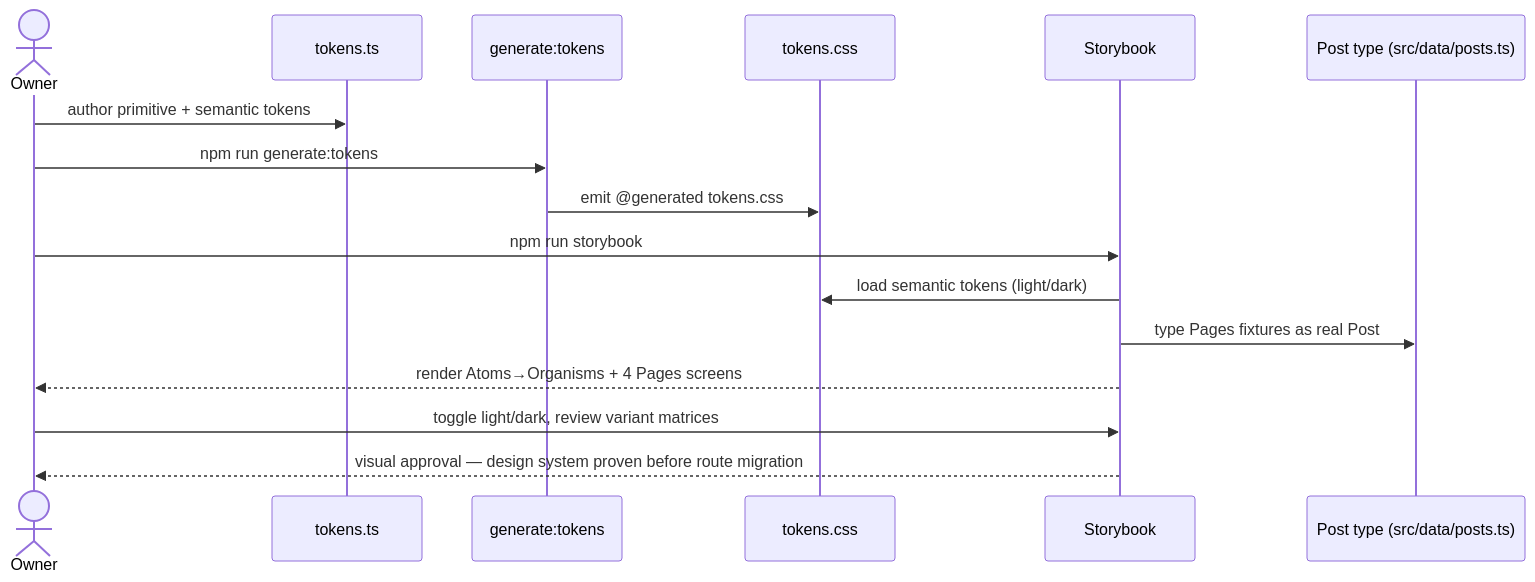
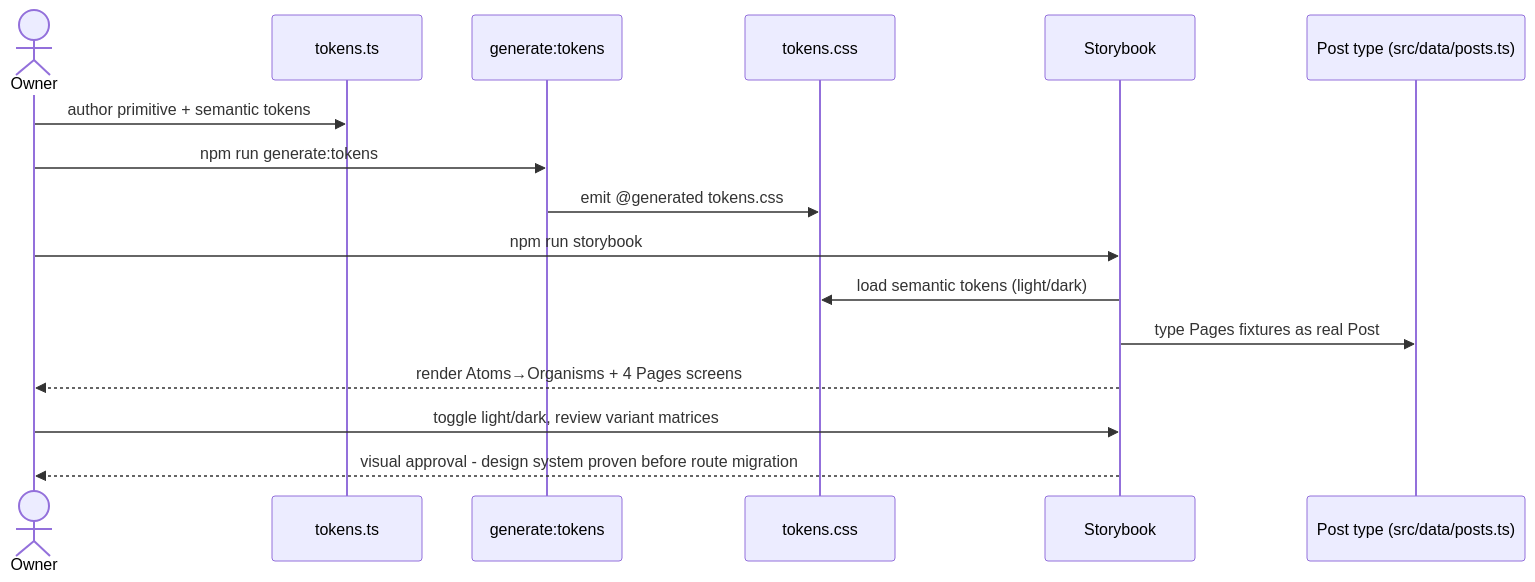
The diagram in specs/design-system/spec.md (AlarQ/portfolio), drawn with Mermaid before and after one commit. The commit also changed other lines of this file and 273 other files, not shown here.

````diff
--- a/specs/design-system/spec.md
+++ b/specs/design-system/spec.md
@@ -423,19 +423,19 @@
 ```mermaid
 sequenceDiagram
     actor Owner
     participant TokensTS as tokens.ts
     participant Codegen as generate:tokens
     participant TokensCSS as tokens.css
     participant Storybook
     participant Post as Post type (src/data/posts.ts)
 
     Owner->>TokensTS: author primitive + semantic tokens
     Owner->>Codegen: npm run generate:tokens
     Codegen->>TokensCSS: emit @generated tokens.css
     Owner->>Storybook: npm run storybook
     Storybook->>TokensCSS: load semantic tokens (light/dark)
     Storybook->>Post: type Pages fixtures as real Post
     Storybook-->>Owner: render Atoms→Organisms + 4 Pages screens
     Owner->>Storybook: toggle light/dark, review variant matrices
-    Storybook-->>Owner: visual approval — design system proven before route migration
+    Storybook-->>Owner: visual approval - design system proven before route migration
 ```
````
